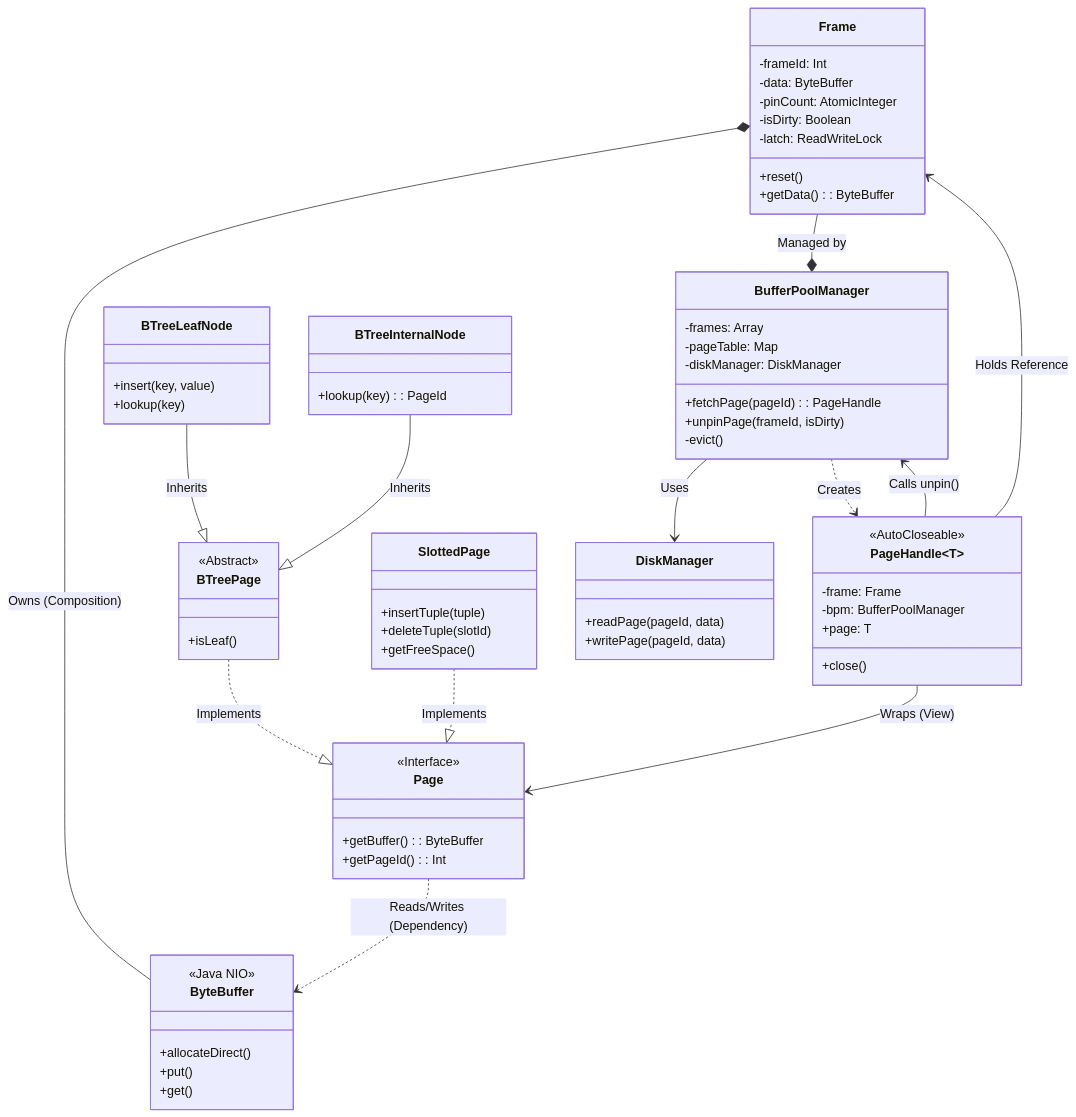
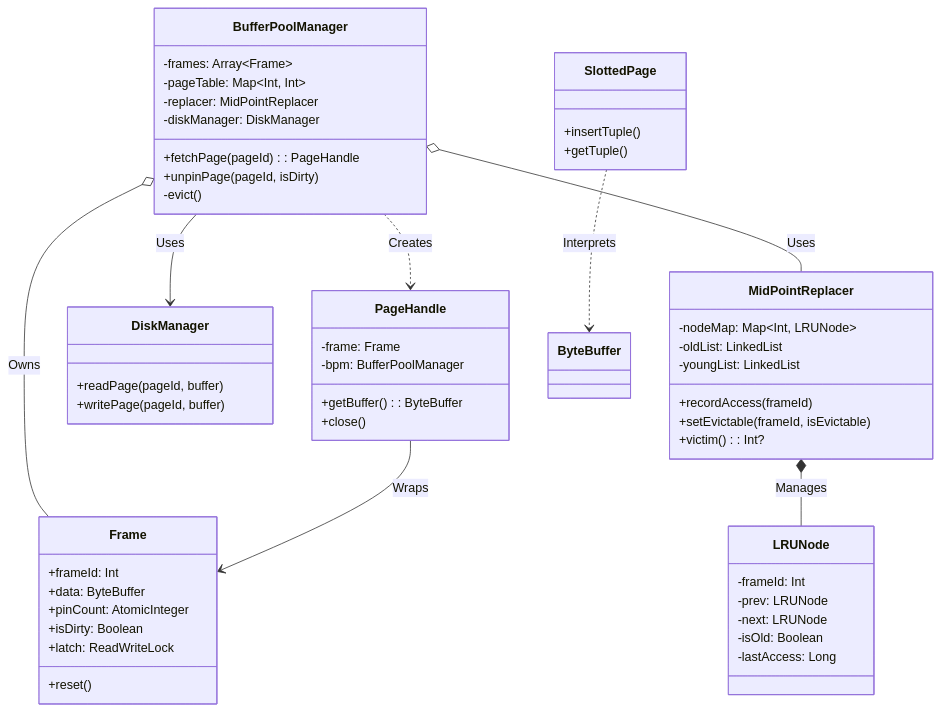
Before and after one commit to HJinS/jsDB: the diagram in src/main/kotlin/storageEngine/diagram.md, drawn with Mermaid. The commit also changed 15 other files, not shown here.

Commit message:
bufferpool manager 완성하기 - btree node -> page 수정 진행

````diff
--- a/src/main/kotlin/storageEngine/diagram.md
+++ b/src/main/kotlin/storageEngine/diagram.md
@@ -1,88 +1,70 @@
 ```mermaid
 
 classDiagram
-    class ByteBuffer {
-        <<Java NIO>>
-        +allocateDirect()
-        +put()
-        +get()
+    %% 1. 정책 계층 (Policy Layer)
+    class LRUNode {
+        -frameId: Int
+        -prev: LRUNode
+        -next: LRUNode
+        -isOld: Boolean
+        -lastAccess: Long
     }
-    
+
+    class MidPointReplacer {
+        -nodeMap: Map~Int, LRUNode~
+        -oldList: LinkedList
+        -youngList: LinkedList
+        +recordAccess(frameId)
+        +setEvictable(frameId, isEvictable)
+        +victim(): Int?
+    }
+
+    %% 2. 자원 계층 (Resource Layer)
+    class Frame {
+        +frameId: Int
+        +data: ByteBuffer
+        +pinCount: AtomicInteger
+        +isDirty: Boolean
+        +latch: ReadWriteLock
+        +reset()
+    }
+
     class DiskManager {
-        +readPage(pageId, data)
-        +writePage(pageId, data)
+        +readPage(pageId, buffer)
+        +writePage(pageId, buffer)
     }
-    
-    class Frame {
-        -frameId: Int
-        -data: ByteBuffer
-        -pinCount: AtomicInteger
-        -isDirty: Boolean
-        -latch: ReadWriteLock
-        +reset()
-        +getData(): ByteBuffer
-    }
-    
-    %% 2. 관리자 계층
+
+    %% 3. 관리 계층 (Management Layer)
     class BufferPoolManager {
-        -frames: Array<Frame>
-        -pageTable: Map<Int, Int>
+        -frames: Array~Frame~
+        -pageTable: Map~Int, Int~
+        -replacer: MidPointReplacer
         -diskManager: DiskManager
-        +fetchPage<T>(pageId): PageHandle<T>
-        +unpinPage(frameId, isDirty)
+        +fetchPage(pageId): PageHandle
+        +unpinPage(pageId, isDirty)
         -evict()
     }
-    
-    %% 3. 인터페이스 및 핸들 계층
-    class PageHandle~T~ {
-        <<AutoCloseable>>
+
+    %% 4. 인터페이스 계층 (Access Layer)
+    class PageHandle {
         -frame: Frame
         -bpm: BufferPoolManager
-        +page: T
+        +getBuffer(): ByteBuffer
         +close()
     }
-    
-    class Page {
-        <<Interface>>
-        +getBuffer(): ByteBuffer
-        +getPageId(): Int
+
+    %% 5. 논리적 뷰 (View Layer)
+    class SlottedPage {
+        +insertTuple()
+        +getTuple()
     }
-    
-    %% 4. 논리적 구현체 계층 (데이터 해석)
-    class SlottedPage {
-        +insertTuple(tuple)
-        +deleteTuple(slotId)
-        +getFreeSpace()
-    }
-    
-    class BTreePage {
-        <<Abstract>>
-        +isLeaf()
-    }
-    
-    class BTreeLeafNode {
-        +insert(key, value)
-        +lookup(key)
-    }
-    
-    class BTreeInternalNode {
-        +lookup(key): PageId
-    }
-    
-    %% 관계 정의
-    Frame *-- ByteBuffer : Owns (Composition)
-    Frame --* BufferPoolManager : Managed by
+
+    %% 관계
+    MidPointReplacer *-- LRUNode : Manages
+    BufferPoolManager o-- Frame : Owns
+    BufferPoolManager o-- MidPointReplacer : Uses
     BufferPoolManager --> DiskManager : Uses
     BufferPoolManager ..> PageHandle : Creates
-    
-    PageHandle --> Frame : Holds Reference
-    PageHandle --> BufferPoolManager : Calls unpin()
-    PageHandle --> Page : Wraps (View)
-    
-    SlottedPage ..|> Page : Implements
-    BTreePage ..|> Page : Implements
-    BTreeLeafNode --|> BTreePage : Inherits
-    BTreeInternalNode --|> BTreePage : Inherits
-    
-    Page ..> ByteBuffer : Reads/Writes (Dependency)
+    PageHandle --> Frame : Wraps
+    SlottedPage ..> ByteBuffer : Interprets
 ```
````
